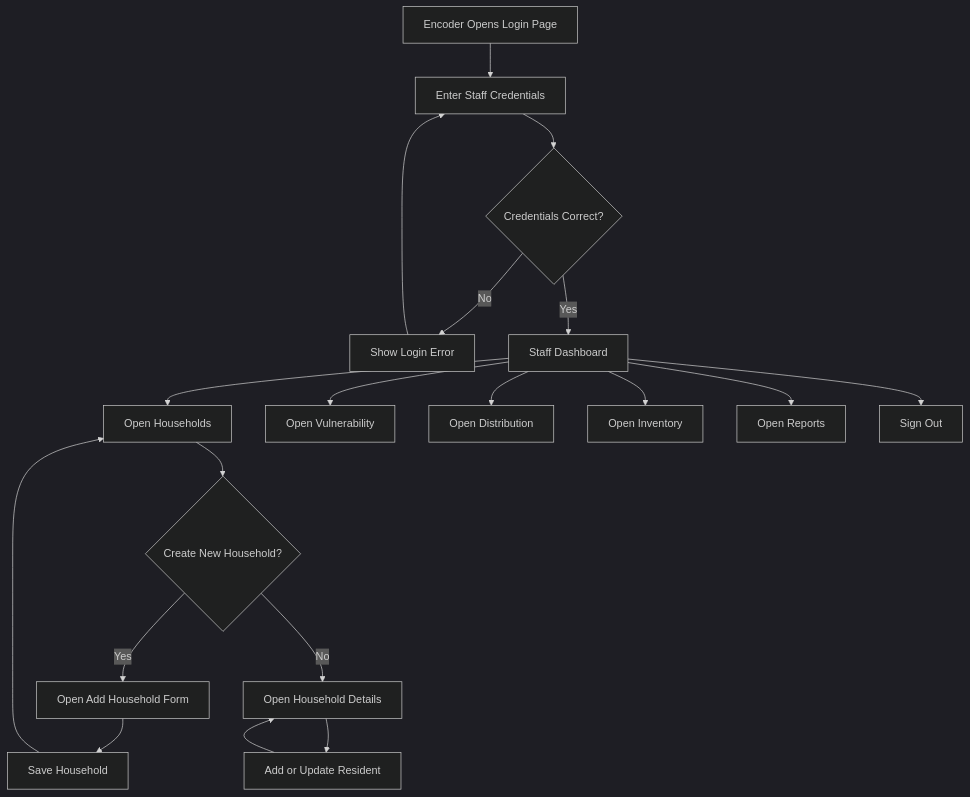
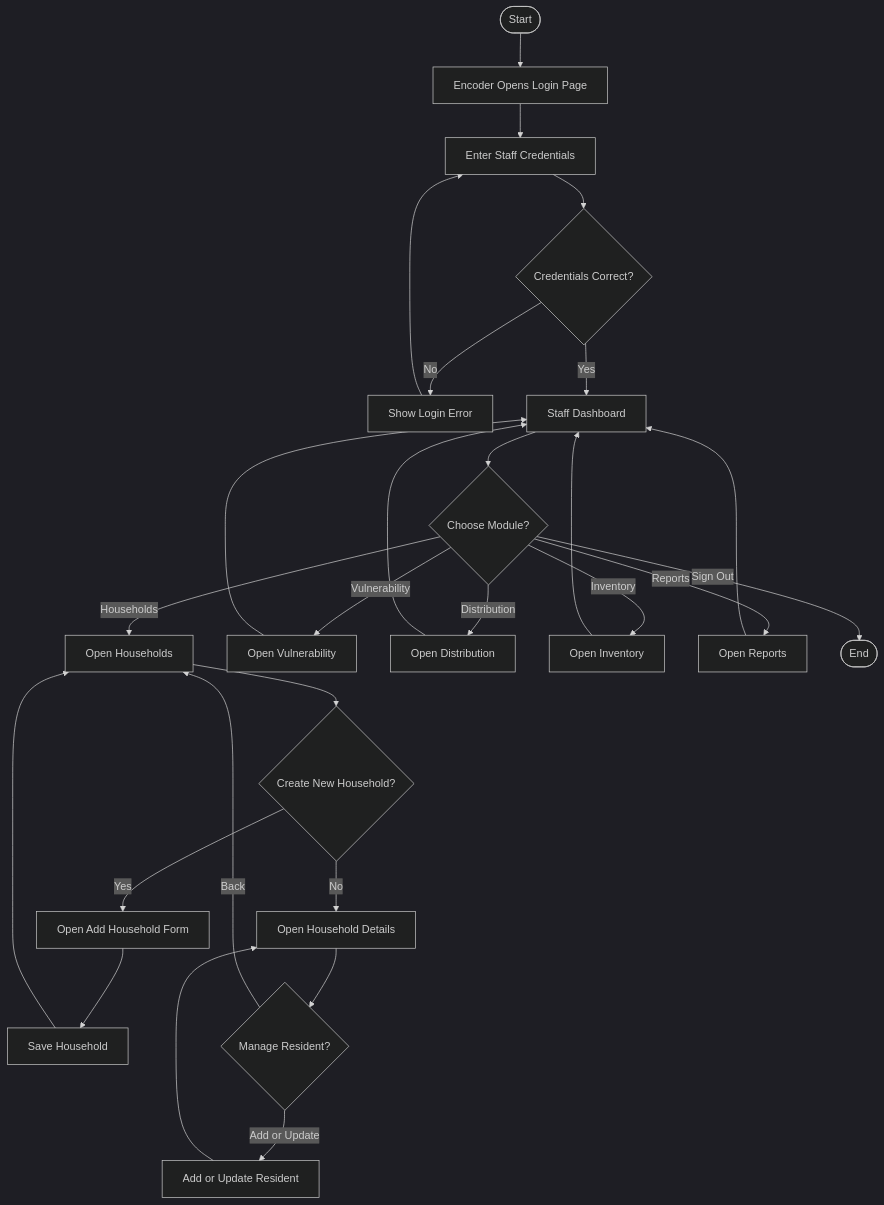
The fifth of 7 diagrams in ROLE_UIUX_FLOWCHART.md (RICKYLER/pwa), drawn with Mermaid (dark theme) before and after one commit. The commit also changed other lines of this file and 12 other files, not shown here.

````diff
--- a/ROLE_UIUX_FLOWCHART.md
+++ b/ROLE_UIUX_FLOWCHART.md
@@ -113,25 +284,33 @@
 ```mermaid
 flowchart TD
-    A[Encoder Opens Login Page] --> B[Enter Staff Credentials]
-    B --> C{Credentials Correct?}
+    START([Start]) --> LOGIN[Encoder Opens Login Page]
+    LOGIN --> ENTER[Enter Staff Credentials]
+    ENTER --> VALID{Credentials Correct?}
 
-    C -- No --> D[Show Login Error]
-    D --> B
+    VALID -- No --> ERROR[Show Login Error]
+    ERROR --> ENTER
+    VALID -- Yes --> DASHBOARD[Staff Dashboard]
 
-    C -- Yes --> E[Staff Dashboard]
+    DASHBOARD --> PATH{Choose Module?}
+    PATH -- Households --> HOUSEHOLDS[Open Households]
+    PATH -- Vulnerability --> VULNERABILITY[Open Vulnerability]
+    PATH -- Distribution --> DISTRIBUTION[Open Distribution]
+    PATH -- Inventory --> INVENTORY[Open Inventory]
+    PATH -- Reports --> REPORTS[Open Reports]
+    PATH -- Sign Out --> END([End])
 
-    E --> F[Open Households]
-    F --> G{Create New Household?}
-    G -- Yes --> H[Open Add Household Form]
-    H --> I[Save Household]
-    I --> F
-    G -- No --> J[Open Household Details]
-    J --> K[Add or Update Resident]
-    K --> J
+    HOUSEHOLDS --> CREATE{Create New Household?}
+    CREATE -- Yes --> ADD[Open Add Household Form]
+    ADD --> SAVE[Save Household]
+    SAVE --> HOUSEHOLDS
+    CREATE -- No --> DETAIL[Open Household Details]
+    DETAIL --> MANAGE{Manage Resident?}
+    MANAGE -- Add or Update --> RESIDENT[Add or Update Resident]
+    RESIDENT --> DETAIL
+    MANAGE -- Back --> HOUSEHOLDS
 
-    E --> L[Open Vulnerability]
-    E --> M[Open Distribution]
-    E --> N[Open Inventory]
-    E --> O[Open Reports]
-    E --> P[Sign Out]
+    VULNERABILITY --> DASHBOARD
+    DISTRIBUTION --> DASHBOARD
+    INVENTORY --> DASHBOARD
+    REPORTS --> DASHBOARD
 ```
````
